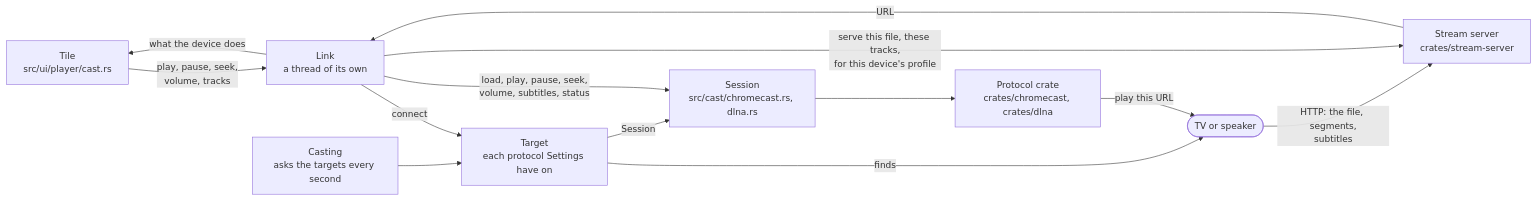
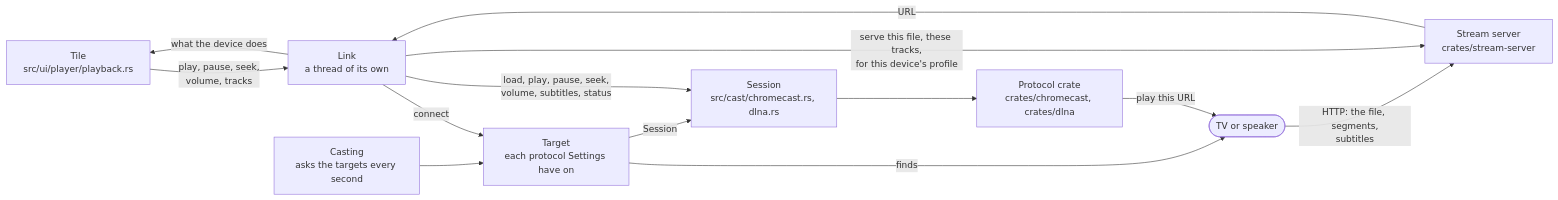
Before and after one commit to velocityzen/Plays: the fourth of 6 diagrams in ARCHITECTURE.md, drawn with Mermaid. The commit also changed other lines of this file and 18 other files, not shown here.

First line of the commit message:
Send every tile command through one playback layer, and redraw a tile as it is maximized (MM-297)

````diff
--- a/ARCHITECTURE.md
+++ b/ARCHITECTURE.md
@@ -538,15 +548,15 @@
 ```mermaid
 flowchart LR
-    tile["Tile<br/>src/ui/player/cast.rs"] -->|"play, pause, seek,<br/>volume, tracks"| link["Link<br/>a thread of its own"]
+    tile["Tile<br/>src/ui/player/playback.rs"] -->|"play, pause, seek,<br/>volume, tracks"| link["Link<br/>a thread of its own"]
     link -->|"what the device does"| tile
     casting["Casting<br/>asks the targets every second"] --> target["Target<br/>each protocol Settings have on"]
     target -->|"finds"| device(["TV or speaker"])
     link -->|"connect"| target
     target -->|"Session"| session["Session<br/>src/cast/chromecast.rs, dlna.rs"]
     link -->|"load, play, pause, seek,<br/>volume, subtitles, status"| session
     session --> crate["Protocol crate<br/>crates/chromecast, crates/dlna"]
     crate -->|"play this URL"| device
     link -->|"serve this file, these tracks,<br/>for this device's profile"| server["Stream server<br/>crates/stream-server"]
     server -->|"URL"| link
     device -->|"HTTP: the file, segments,<br/>subtitles"| server
 ```
````
